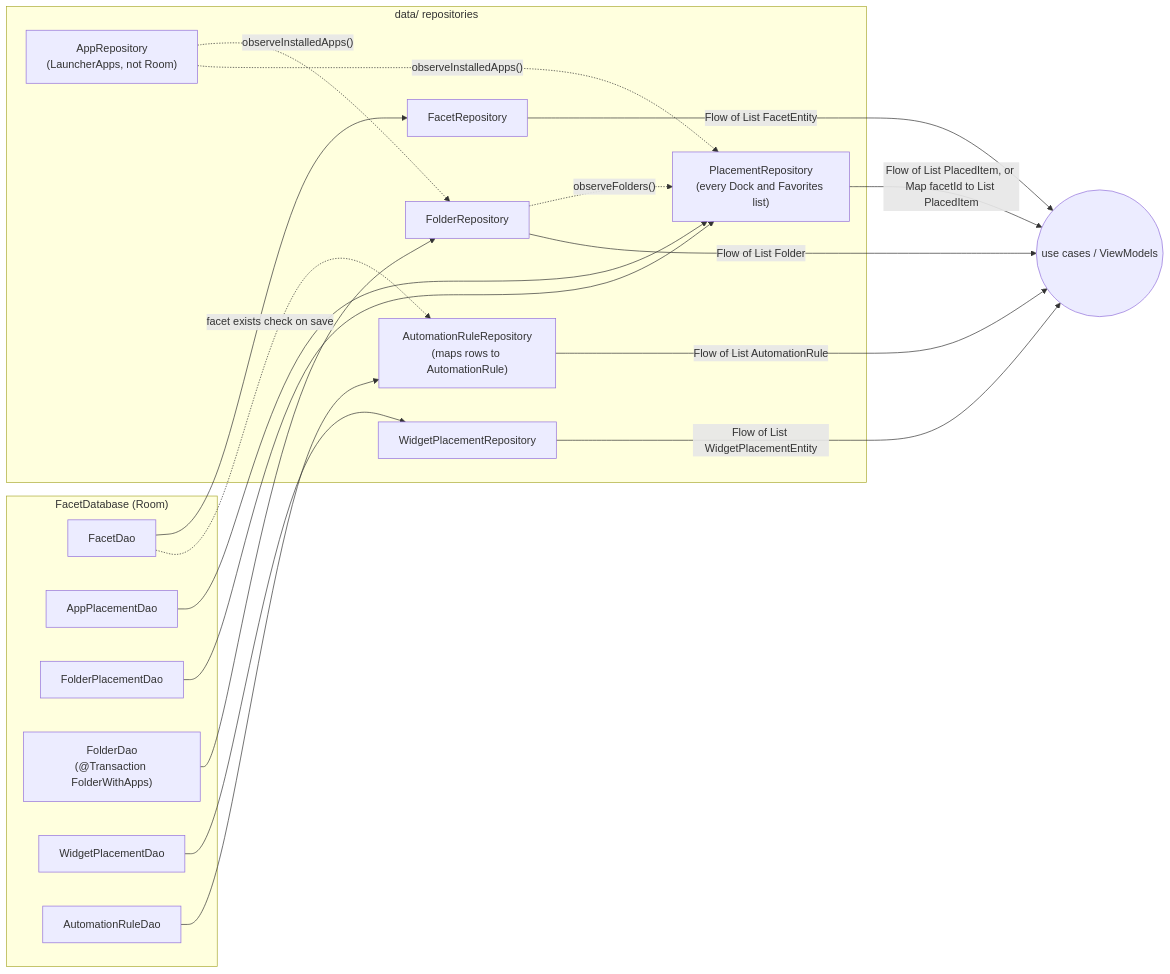
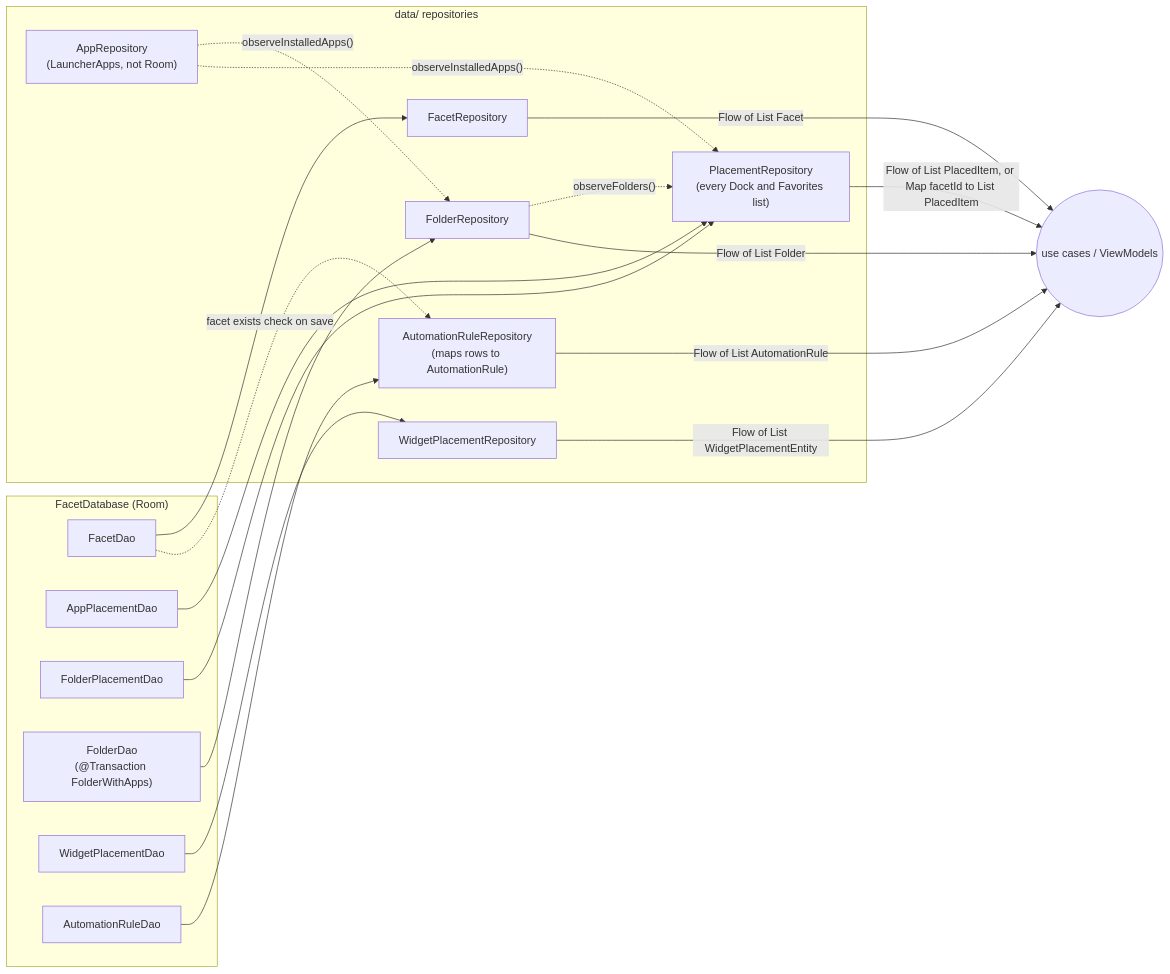
One commit to rohitganjam/facet-launcher changed the second of 3 diagrams in docs/architecture/02-persistence-room.md. Above: the diagram before and after it, drawn with Mermaid. The commit also changed other lines of this file and 90 other files, not shown here.

First line of the commit message:
Introduce the Facet model: FacetEntity stays inside data/local

````diff
--- a/docs/architecture/02-persistence-room.md
+++ b/docs/architecture/02-persistence-room.md
@@ -156,38 +156,38 @@
 ```mermaid
 flowchart LR
     subgraph DB["FacetDatabase (Room)"]
         FD[FacetDao]
         APD[AppPlacementDao]
         FPD[FolderPlacementDao]
         FOD["FolderDao\n(@Transaction FolderWithApps)"]
         WPD[WidgetPlacementDao]
         ARD[AutomationRuleDao]
     end
 
     subgraph REPO["data/ repositories"]
         FR[FacetRepository]
         PR["PlacementRepository\n(every Dock and Favorites list)"]
         FOR[FolderRepository]
         WPR[WidgetPlacementRepository]
         ARR["AutomationRuleRepository\n(maps rows to AutomationRule)"]
         AR["AppRepository\n(LauncherApps, not Room)"]
     end
 
     FD --> FR
     APD --> PR
     FPD --> PR
     FOD --> FOR
     WPD --> WPR
     ARD --> ARR
     FD -. "facet exists check on save" .-> ARR
 
     AR -. "observeInstalledApps()" .-> FOR
     AR -. "observeInstalledApps()" .-> PR
     FOR -. "observeFolders()" .-> PR
 
-    FR -- "Flow of List FacetEntity" --> OUT((use cases / ViewModels))
+    FR -- "Flow of List Facet" --> OUT((use cases / ViewModels))
     PR -- "Flow of List PlacedItem, or Map facetId to List PlacedItem" --> OUT
     FOR -- "Flow of List Folder" --> OUT
     WPR -- "Flow of List WidgetPlacementEntity" --> OUT
     ARR -- "Flow of List AutomationRule" --> OUT
 ```
````
